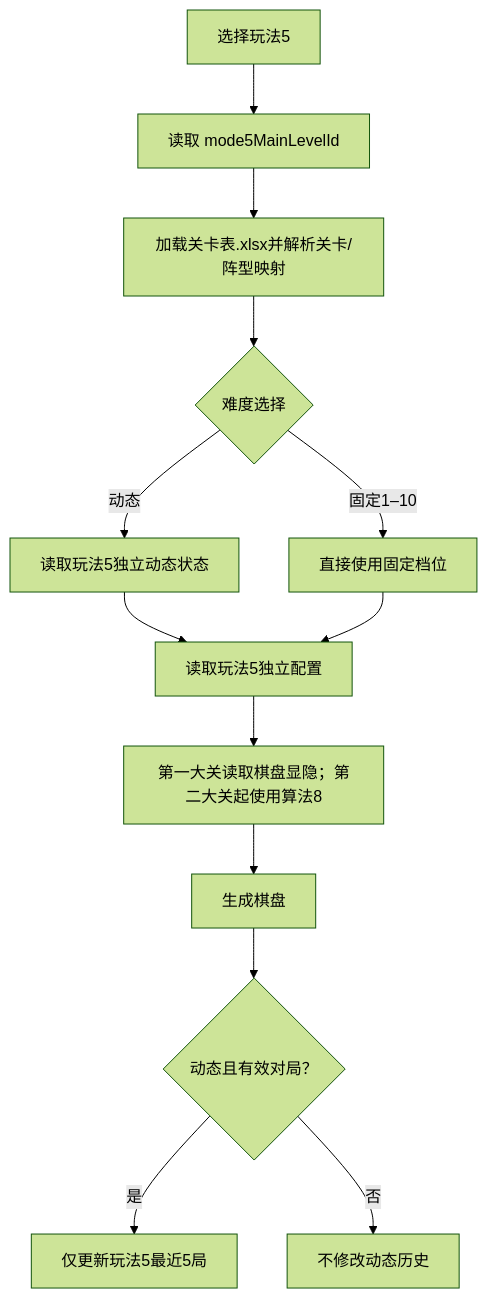
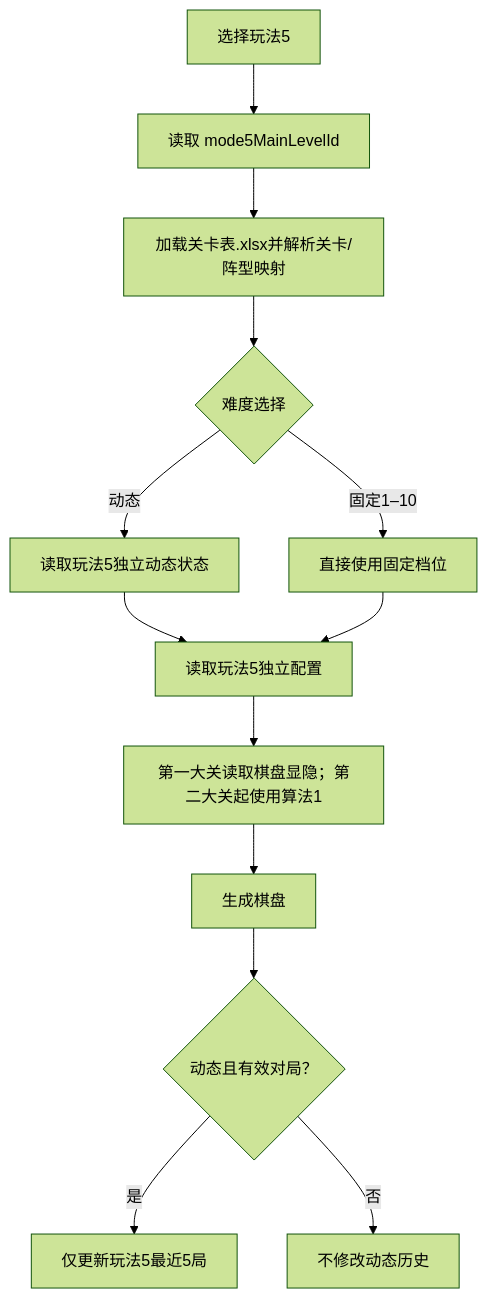
Before and after one commit to sgggom/NumberConnect: the diagram in docs/gameplay5-implementation.md, drawn with Mermaid (forest theme). The commit also changed other lines of this file and 64 other files, not shown here.

````diff
--- a/docs/gameplay5-implementation.md
+++ b/docs/gameplay5-implementation.md
@@ -52,15 +52,15 @@
 ```mermaid
 flowchart TD
     A["选择玩法5"] --> B["读取 mode5MainLevelId"]
     B --> C["加载关卡表.xlsx并解析关卡/阵型映射"]
     C --> D{"难度选择"}
     D -- "动态" --> E["读取玩法5独立动态状态"]
     D -- "固定1–10" --> F["直接使用固定档位"]
     E --> G["读取玩法5独立配置"]
     F --> G
-    G --> H["第一大关读取棋盘显隐；第二大关起使用算法8"]
+    G --> H["第一大关读取棋盘显隐；第二大关起使用算法1"]
     H --> I["生成棋盘"]
     I --> J{"动态且有效对局？"}
     J -- "是" --> K["仅更新玩法5最近5局"]
     J -- "否" --> L["不修改动态历史"]
 ```
````
